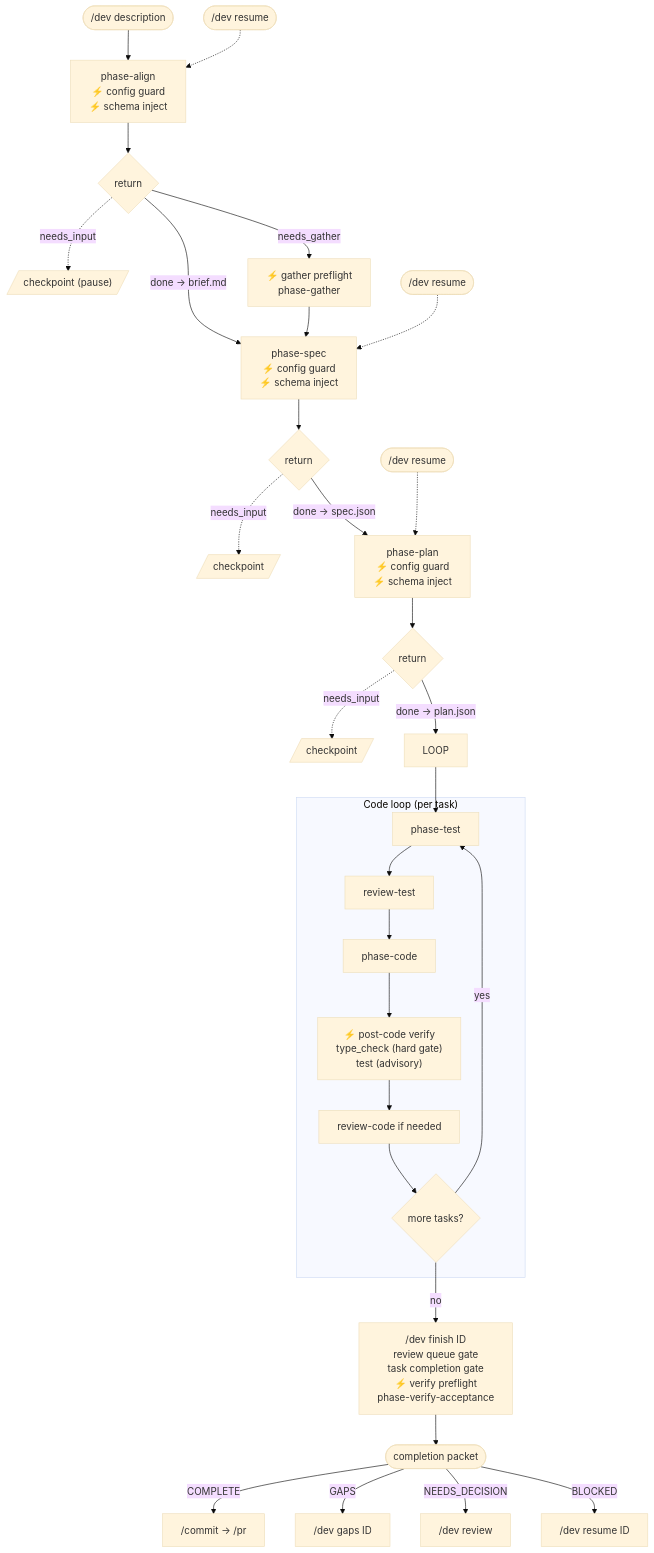
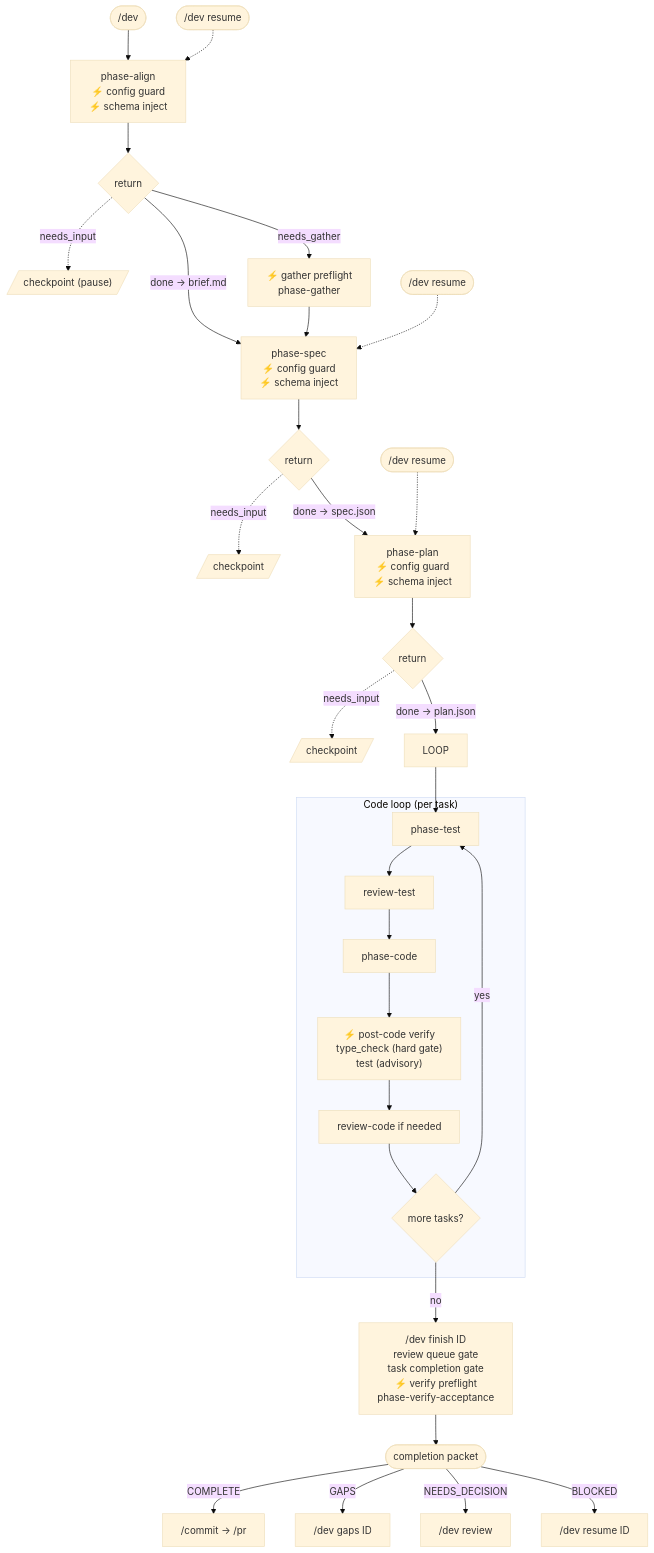
One commit to cshirley/accord changed the second of 8 diagrams in docs/pipeline.md. Above: the diagram before and after it, drawn with Mermaid (base theme). The commit also changed other lines of this file and 21 other files, not shown here.

````diff
--- a/docs/pipeline.md
+++ b/docs/pipeline.md
@@ -31,37 +31,37 @@
 ```mermaid
 flowchart TD
-    START(["/dev description"]) --> ALIGN
+    START(["/dev <free text>"]) --> ALIGN
     RESUME1(["/dev resume"]) -.-> ALIGN
     ALIGN["phase-align<br/>⚡ config guard<br/>⚡ schema inject"] --> ALIGN_DEC{return}
     ALIGN_DEC -.->|needs_input| PAUSE1[/"checkpoint (pause)"/]
     ALIGN_DEC -->|needs_gather| GATHER["⚡ gather preflight<br/>phase-gather"]
     ALIGN_DEC -->|"done → brief.md"| SPEC
     GATHER --> SPEC
 
     RESUME2(["/dev resume"]) -.-> SPEC
     SPEC["phase-spec<br/>⚡ config guard<br/>⚡ schema inject"] --> SPEC_DEC{return}
     SPEC_DEC -.->|needs_input| CP1[/"checkpoint"/]
     SPEC_DEC -->|"done → spec.json"| PLAN
 
     RESUME3(["/dev resume"]) -.-> PLAN
     PLAN["phase-plan<br/>⚡ config guard<br/>⚡ schema inject"] --> PLAN_DEC{return}
     PLAN_DEC -.->|needs_input| CP2[/"checkpoint"/]
     PLAN_DEC -->|"done → plan.json"| LOOP
 
     subgraph Loop["Code loop (per task)"]
         TEST["phase-test"] --> RT["review-test"]
         RT --> CODE["phase-code"]
         CODE --> POST["⚡ post-code verify<br/>type_check (hard gate)<br/>test (advisory)"]
         POST --> RC["review-code if needed"]
         RC --> MORE{more tasks?}
         MORE -->|yes| TEST
     end
 
     LOOP --> TEST
     MORE -->|no| FINISH["/dev finish ID<br/>review queue gate<br/>task completion gate<br/>⚡ verify preflight<br/>phase-verify-acceptance"]
     FINISH --> PACKET(["completion packet"])
     PACKET -->|COMPLETE| OUT1["/commit → /pr"]
     PACKET -->|GAPS| OUT2["/dev gaps ID"]
     PACKET -->|NEEDS_DECISION| OUT3["/dev review"]
     PACKET -->|BLOCKED| OUT4["/dev resume ID"]
 ```
````
